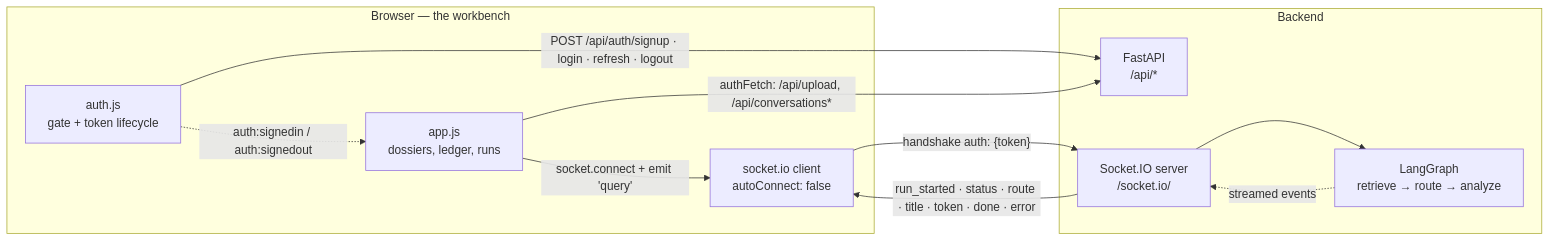
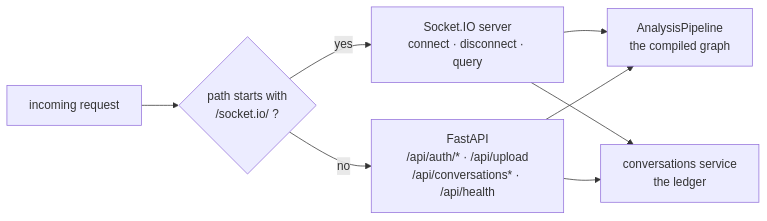
Before and after one commit to selvakumarperumal/Corporate_Filing_Analyzer_Agent: the first of 20 diagrams in docs/FRONTEND-SOCKETIO.md, drawn with Mermaid. The commit also changed other lines of this file and 3 other files, not shown here.

````diff
--- a/docs/FRONTEND-SOCKETIO.md
+++ b/docs/FRONTEND-SOCKETIO.md
@@ -74,23 +99,10 @@
 ```mermaid
 flowchart LR
-  subgraph browser["Browser — the workbench"]
-    gate["auth.js<br/>gate + token lifecycle"]
-    app["app.js<br/>dossiers, ledger, runs"]
-    sock["socket.io client<br/>autoConnect: false"]
-  end
-
-  subgraph server["Backend"]
-    rest["FastAPI<br/>/api/*"]
-    sio["Socket.IO server<br/>/socket.io/"]
-    lg["LangGraph<br/>retrieve → route → analyze"]
-  end
-
-  gate -- "POST /api/auth/signup · login · refresh · logout" --> rest
-  app  -- "authFetch: /api/upload, /api/conversations*" --> rest
-  app  -- "socket.connect + emit 'query'" --> sock
-  sock -- "handshake auth: {token}" --> sio
-  sio  -- "run_started · status · route · title · token · done · error" --> sock
-  sio  --> lg
-  lg -. "streamed events" .-> sio
-  gate -. "auth:signedin / auth:signedout" .-> app
+  req["incoming request"] --> mount{"path starts with<br/>/socket.io/ ?"}
+  mount -- yes --> sio["Socket.IO server<br/>connect · disconnect · query"]
+  mount -- no --> api["FastAPI<br/>/api/auth/* · /api/upload<br/>/api/conversations* · /api/health"]
+  sio --> pipe["AnalysisPipeline<br/>the compiled graph"]
+  api --> pipe
+  sio --> led["conversations service<br/>the ledger"]
+  api --> led
 ```
````
